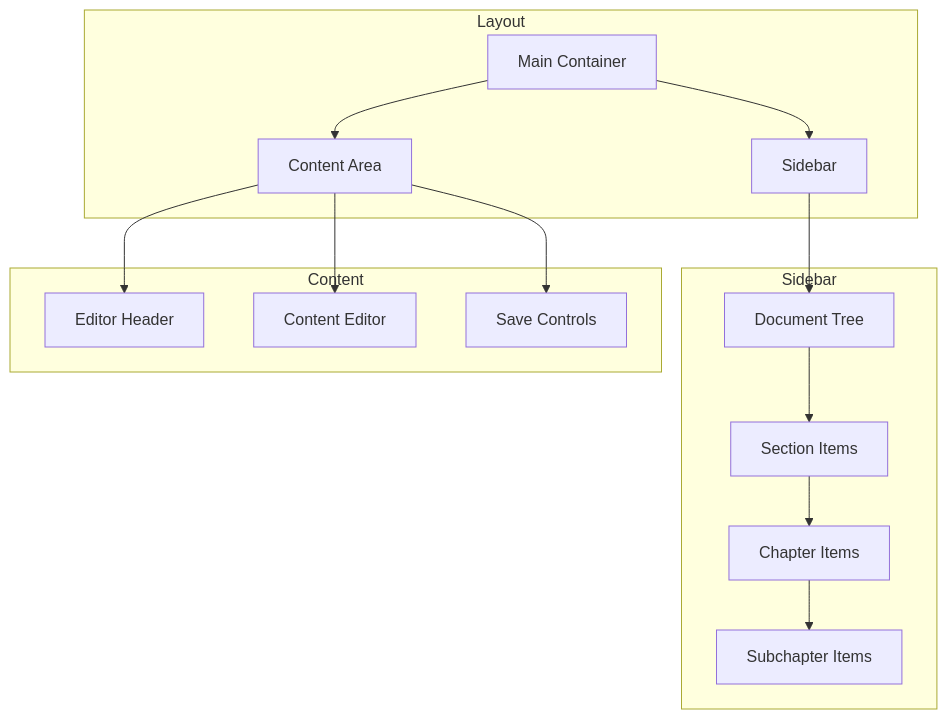
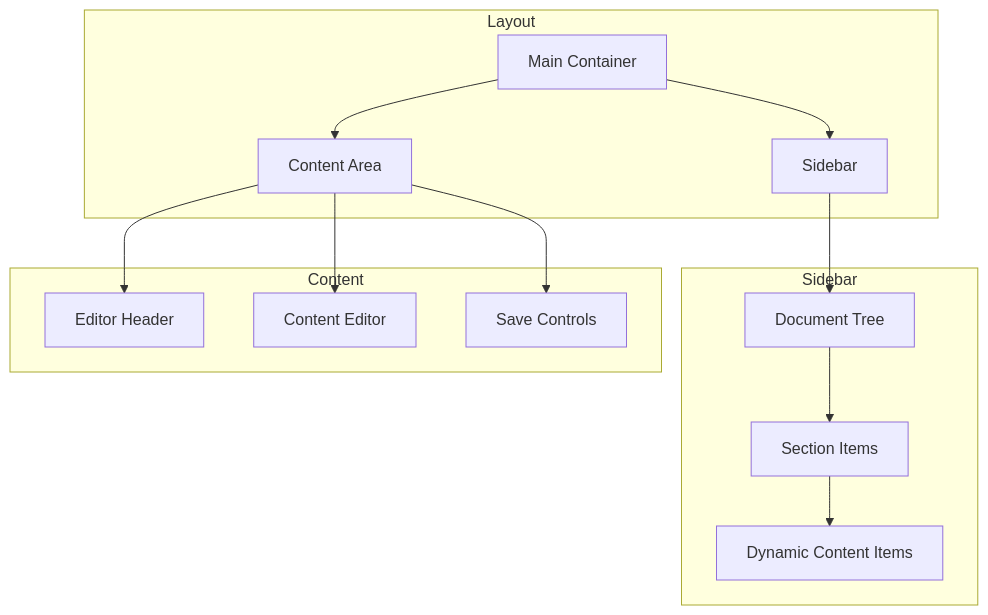
One commit to nik-x625/test2 changed the seventh of 8 diagrams in README.md. Above: the diagram before and after it, drawn with Mermaid. The commit also changed other lines of this file and 2 other files, not shown here.

````diff
--- a/README.md
+++ b/README.md
@@ -157,20 +157,19 @@
 ```mermaid
 graph TD
     subgraph Layout
         A[Main Container] --> B[Sidebar]
         A --> C[Content Area]
     end
 
     subgraph Sidebar
         B --> D[Document Tree]
         D --> E[Section Items]
-        E --> F[Chapter Items]
-        F --> G[Subchapter Items]
+        E --> F[Dynamic Content Items]
     end
 
     subgraph Content
         C --> H[Editor Header]
         C --> I[Content Editor]
         C --> J[Save Controls]
     end
 ```
````
